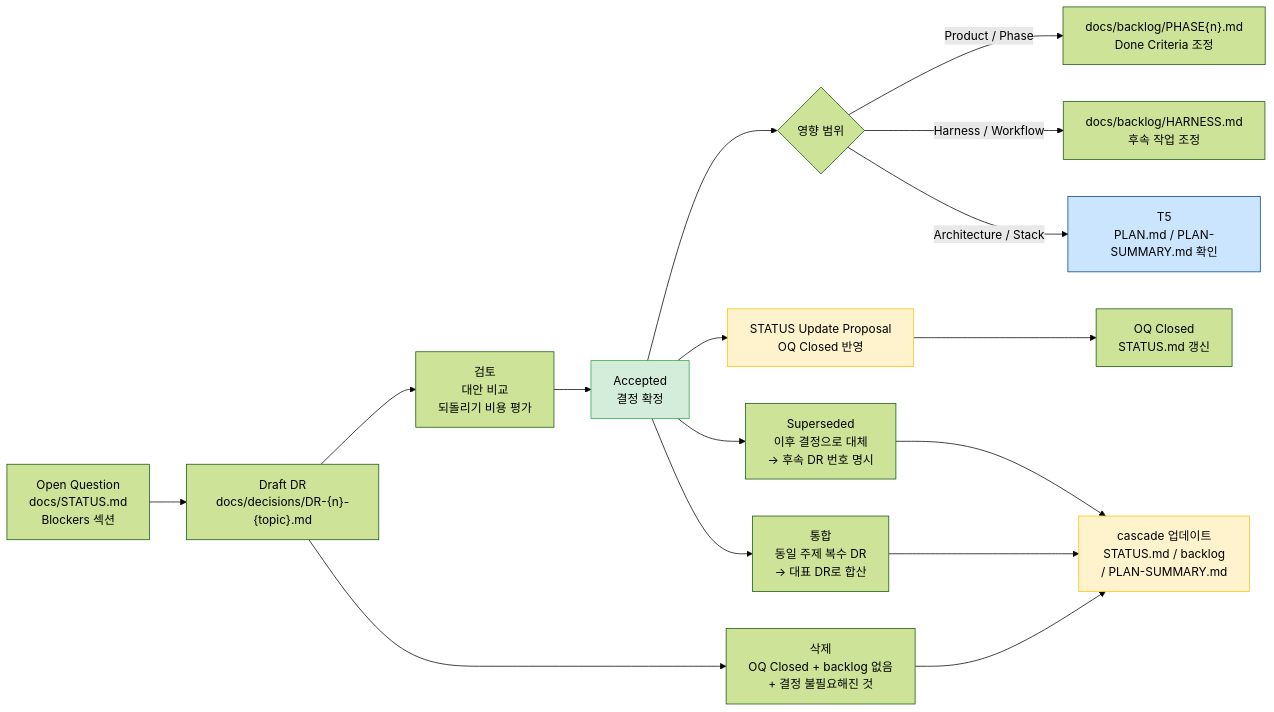
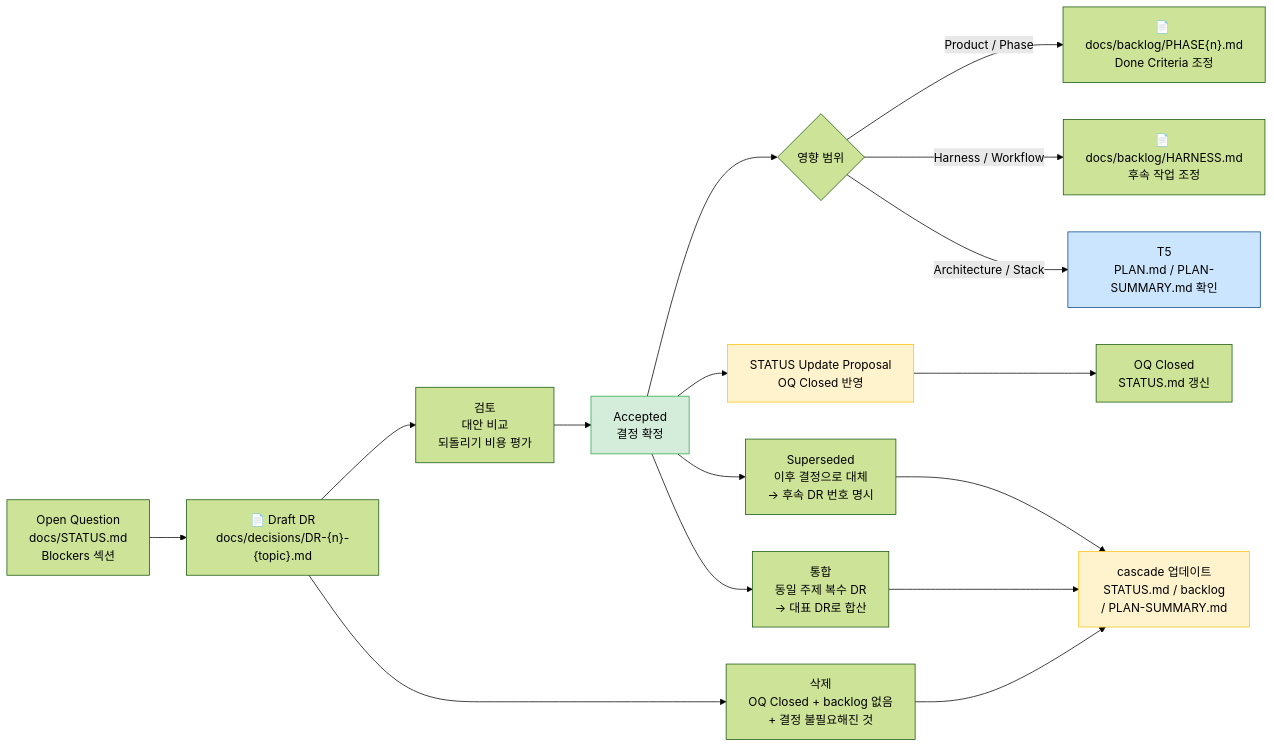
One commit to kyungseo/ai-workflow-harness changed diagram 13 of 14 in docs/WORKFLOW-MANUAL.md. Above: the diagram before and after it, drawn with Mermaid (forest theme). The commit also changed other lines of this file, not shown here.

First line of the commit message:
docs: WORKFLOW-MANUAL 다이어그램 파일/디렉토리 아이콘 통일

````diff
--- a/docs/WORKFLOW-MANUAL.md
+++ b/docs/WORKFLOW-MANUAL.md
@@ -922,25 +922,25 @@
 ```mermaid
 flowchart LR
-    OQ["Open Question\ndocs/STATUS.md\nBlockers 섹션"] --> DRAFT["Draft DR\ndocs/decisions/DR-{n}-{topic}.md"]
+    OQ["Open Question\ndocs/STATUS.md\nBlockers 섹션"] --> DRAFT["📄 Draft DR\ndocs/decisions/DR-{n}-{topic}.md"]
     DRAFT --> REVIEW["검토\n대안 비교\n되돌리기 비용 평가"]
     REVIEW --> ACCEPT["Accepted\n결정 확정"]
     ACCEPT --> ROUTE{영향 범위}
-    ROUTE -- Product / Phase --> PBACKLOG["docs/backlog/PHASE{n}.md\nDone Criteria 조정"]
-    ROUTE -- Harness / Workflow --> HBACKLOG["docs/backlog/HARNESS.md\n후속 작업 조정"]
+    ROUTE -- Product / Phase --> PBACKLOG["📄 docs/backlog/PHASE{n}.md\nDone Criteria 조정"]
+    ROUTE -- Harness / Workflow --> HBACKLOG["📄 docs/backlog/HARNESS.md\n후속 작업 조정"]
     ROUTE -- Architecture / Stack --> PLAN["T5\nPLAN.md / PLAN-SUMMARY.md 확인"]
     ACCEPT --> STATUS_PROPOSAL["STATUS Update Proposal\nOQ Closed 반영"]
     STATUS_PROPOSAL --> CLOSED["OQ Closed\nSTATUS.md 갱신"]
 
     ACCEPT --> SUPERSEDED["Superseded\n이후 결정으로 대체\n→ 후속 DR 번호 명시"]
     DRAFT --> DELETE["삭제\nOQ Closed + backlog 없음\n+ 결정 불필요해진 것"]
     ACCEPT --> MERGE["통합\n동일 주제 복수 DR\n→ 대표 DR로 합산"]
 
     SUPERSEDED --> CASCADE["cascade 업데이트\nSTATUS.md / backlog\n/ PLAN-SUMMARY.md"]
     DELETE --> CASCADE
     MERGE --> CASCADE
 
     style ACCEPT fill:#d4edda,stroke:#28a745
     style PLAN fill:#cce5ff,stroke:#004085
     style STATUS_PROPOSAL fill:#fff3cd,stroke:#ffc107
     style CASCADE fill:#fff3cd,stroke:#ffc107
 ```
````
